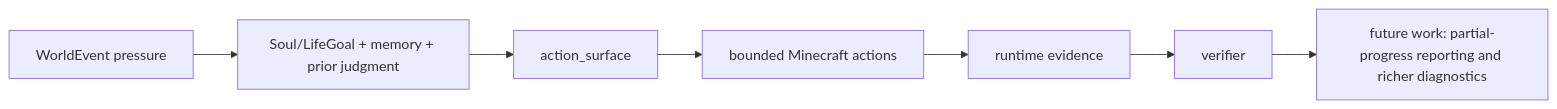
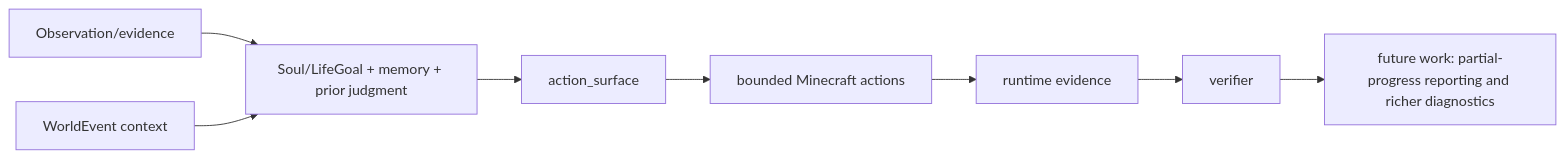
One commit to gigio1023/minecraft-llm-agent-community changed the second of 2 diagrams in docs/blog-doc/intro.md. Above: the diagram before and after it, drawn with Mermaid. The commit also changed other lines of this file and 83 other files, not shown here.

Commit message:
runtime: align observation context architecture

````diff
--- a/docs/blog-doc/intro.md
+++ b/docs/blog-doc/intro.md
@@ -87,17 +87,19 @@
 ```mermaid
 flowchart LR
-  Goal["WorldEvent pressure"]
+  Observation["Observation/evidence"]
+  Event["WorldEvent context"]
   Context["Soul/LifeGoal + memory + prior judgment"]
   Surface["action_surface"]
   Action["bounded Minecraft actions"]
   Evidence["runtime evidence"]
   Verifier["verifier"]
   Future["future work: partial-progress reporting and richer diagnostics"]
 
-  Goal --> Context
+  Observation --> Context
+  Event --> Context
   Context --> Surface
   Surface --> Action
   Action --> Evidence
   Evidence --> Verifier
   Verifier --> Future
 ```
````
